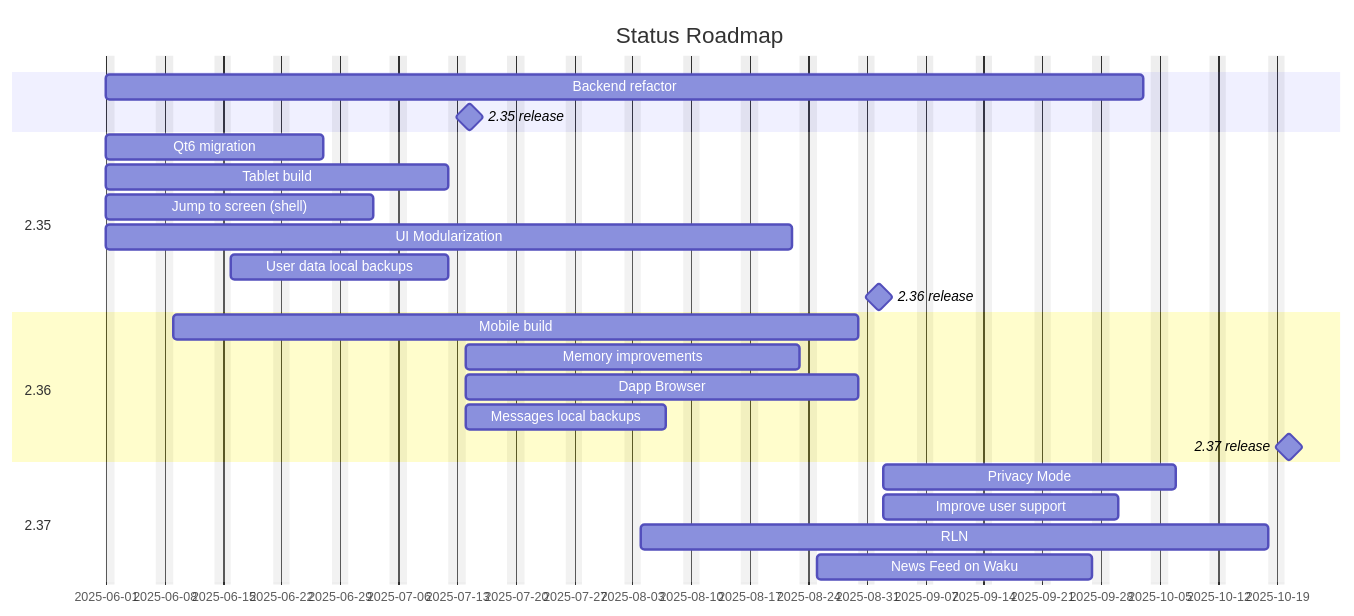
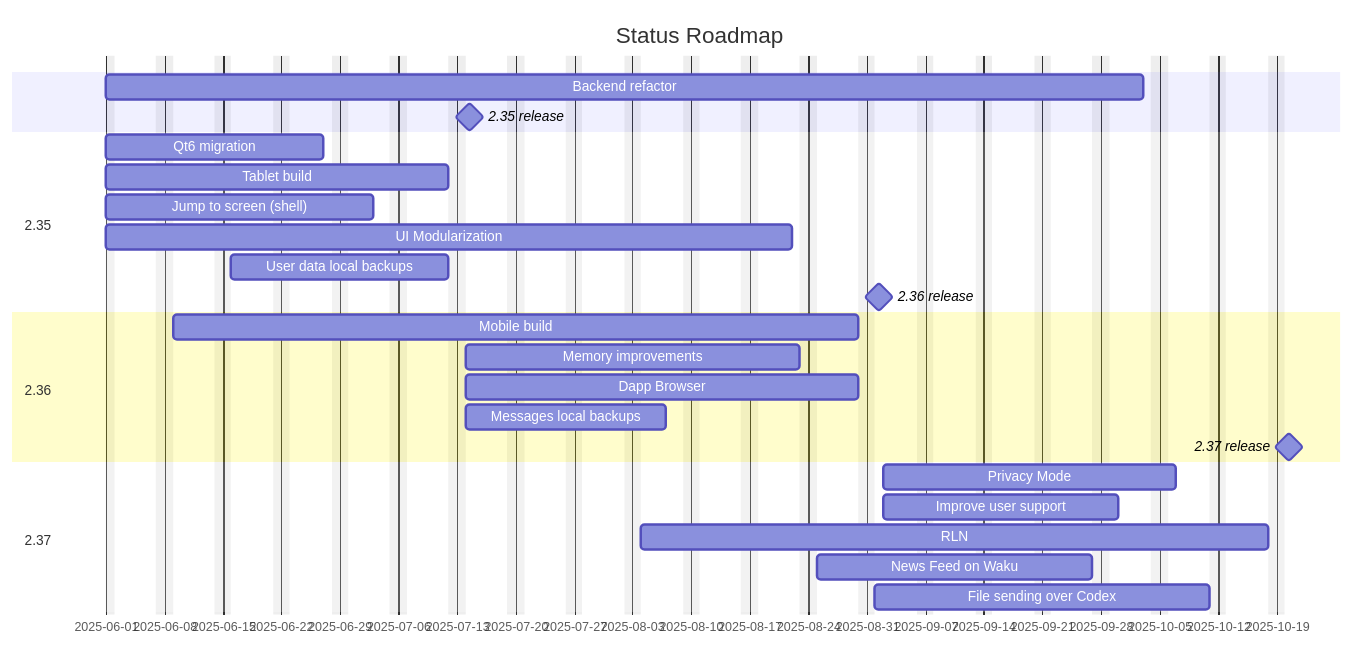
Before and after one commit to status-im/status-desktop: the diagram in docs/roadmap.md, drawn with Mermaid. The commit also changed other lines of this file and 7 other files, not shown here.

Commit message:
add FURPS for all Epics plus add File sending over Codex

````diff
--- a/docs/roadmap.md
+++ b/docs/roadmap.md
@@ -49,36 +61,36 @@
 ```mermaid
-
 gantt
     title Status Roadmap
     excludes    weekends
     dateFormat  YYYY-MM-DD
+
+
 
     Backend refactor        :2025-06-01, 90d
 
     2.35 release :milestone, m237, 2025-07-14, 1d
 
     section 2.35
     Qt6 migration           :2025-06-01, 20d
     Tablet build            :t1, 2025-06-01, 31d
     Jump to screen (shell)  :2025-06-01, 24d
     UI Modularization       :2025-06-01, 60d
     User data local backups :lb1, 2025-06-16, 20d
 
     2.36 release            :milestone, m236, 2025-09-01, 1d
 
     section 2.36
     Mobile build            :2025-06-09, 60d
     Memory improvements     :mi1, after lb1, 30d
     Dapp Browser            :after t1, 35d
     Messages local backups  :after lb1, 18d
 
     2.37 release             :milestone, m237, 2025-10-20, 1d
 
     section 2.37
     Privacy Mode            :after m236, 25d
     Improve user support    :after m236, 20d
     RLN                     :2025-08-04, 55d
     News Feed on Waku       :after mi1, 25d
-
-
+    File sending over Codex :2025-09-01, 30d
 ```
````
